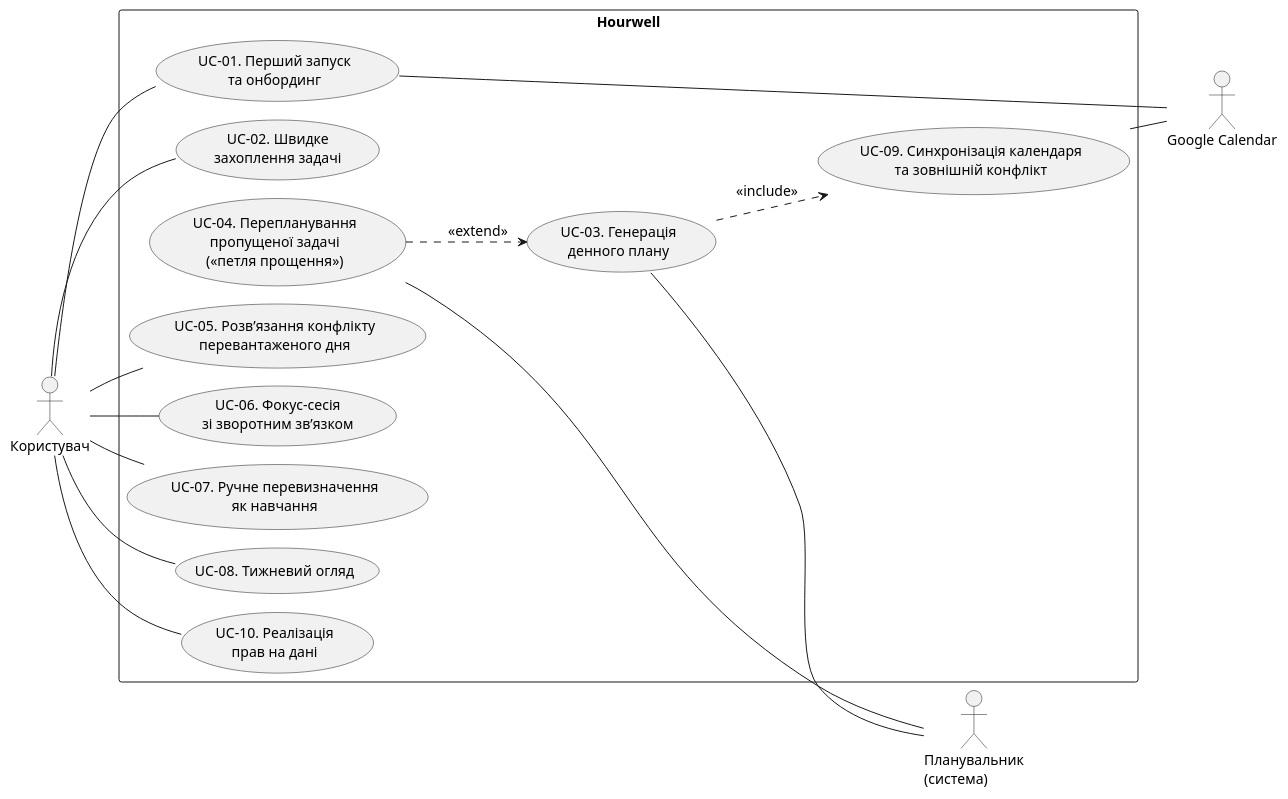
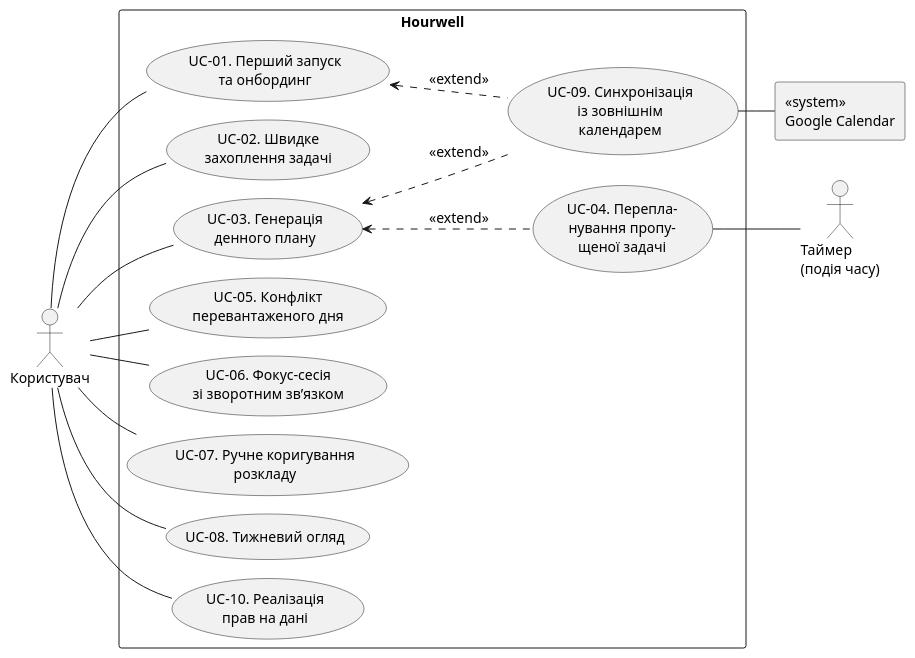
Before and after one commit to IKala4I/magister_work: the diagram in docs/thesis/text/diagrams/3-3-use-cases.puml, drawn with PlantUML. The commit also changed 17 other files, not shown here.

```diff
--- a/docs/thesis/text/diagrams/3-3-use-cases.puml
+++ b/docs/thesis/text/diagrams/3-3-use-cases.puml
@@ -1,48 +1,49 @@
 @startuml
 ' Рисунок 3.3 — Діаграма сценаріїв використання системи.
-' Джерело: підрозділ 3.9 (UC-01…UC-10, назви дослівно) і текст плейсхолдера рисунка 3.3.
-' Зв'язки — лише ті, що названо в тексті прямо: UC-03 «include» UC-09 і UC-04 «extend» UC-03
-' (плейсхолдер рисунка 3.3). Інші можливі зв'язки (UC-01 → UC-03 через «перший план», UC-05 як
-' розширення планування) — вивід, а не текст, тож їх немає (адверсарний прохід, 2026-09-29).
-' Актори — за тригером кожного сценарію в 3.9: Користувач; «Система за першого відкриття…» (UC-03),
-' «Час блоку минає без виконання» (UC-04) — Планувальник; «Вебхук Google Calendar…» (UC-09) і
-' «опційне під’єднання Google Calendar» (UC-01) — Google Calendar.
+' Джерело: підрозділ 3.7 (UC-01…UC-10) і текст плейсхолдера рисунка 3.3. До 2026-11-12 зв'язки були
+' UC-03 «include» UC-09 і UC-04 «extend» UC-03, а актор — «Планувальник (система)».
+' 2026-11-12 (зовнішня рецензія UML): внутрішній «Планувальник (система)» не може бути актором —
+' подію часу («блок минає без виконання») подає актор «Таймер»; UC-03 ініціює Користувач; UC-09 —
+' умовне розширення («extend») UC-03 і UC-01 (лише за під'єднаного календаря), а не «include»;
+' Google Calendar — зовнішня система (прямокутник «system»); назви без «петлі прощення» й «як навчання».
 !pragma layout smetana
 skinparam defaultFontSize 14
 skinparam defaultFontName Arial
 skinparam monochrome true
 skinparam shadowing false
 left to right direction
 
 actor "Користувач" as U
-actor "Google Calendar" as GC
-actor "Планувальник\n(система)" as P
+actor "Таймер\n(подія часу)" as T
+rectangle "«system»\nGoogle Calendar" as GC
 
 rectangle "Hourwell" {
   usecase "UC-01. Перший запуск\nта онбординг" as UC1
   usecase "UC-02. Швидке\nзахоплення задачі" as UC2
   usecase "UC-03. Генерація\nденного плану" as UC3
-  usecase "UC-04. Перепланування\nпропущеної задачі\n(«петля прощення»)" as UC4
-  usecase "UC-05. Розв’язання конфлікту\nперевантаженого дня" as UC5
+  usecase "UC-04. Перепла-\nнування пропу-\nщеної задачі" as UC4
+  usecase "UC-05. Конфлікт\nперевантаженого дня" as UC5
   usecase "UC-06. Фокус-сесія\nзі зворотним зв’язком" as UC6
-  usecase "UC-07. Ручне перевизначення\nяк навчання" as UC7
+  usecase "UC-07. Ручне коригування\nрозкладу" as UC7
   usecase "UC-08. Тижневий огляд" as UC8
-  usecase "UC-09. Синхронізація календаря\nта зовнішній конфлікт" as UC9
+  usecase "UC-09. Синхронізація\nіз зовнішнім\nкалендарем" as UC9
   usecase "UC-10. Реалізація\nправ на дані" as UC10
 }
 
 U -- UC1
 U -- UC2
+U -- UC3
 U -- UC5
 U -- UC6
 U -- UC7
 U -- UC8
 U -- UC10
-UC1 -- GC
+UC4 -- T
 UC9 -- GC
-UC3 -- P
-UC4 -- P
 
-UC3 ..> UC9 : <<include>>
-UC4 ..> UC3 : <<extend>>
+' напрям запису — від бази до розширення, щоб розширення стали правою колонкою біля своїх акторів;
+' стрілка однаково вказує на базовий сценарій («extend» → база)
+UC3 <.. UC4 : <<extend>>
+UC3 <.. UC9 : <<extend>>
+UC1 <.. UC9 : <<extend>>
 @enduml
```
